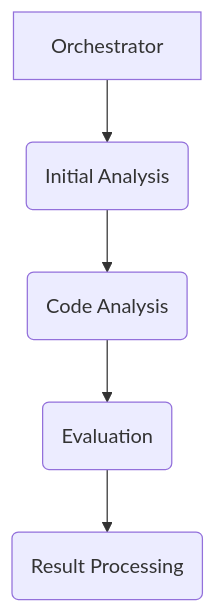
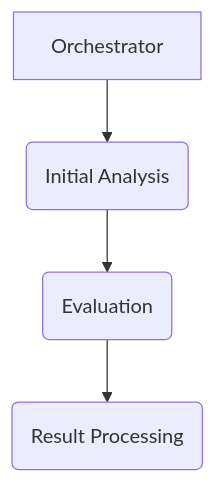
One commit to joeshirey/HealthScoringAgent changed the first of 2 diagrams in docs/TECHNICAL_DESIGN.md. Above: the diagram before and after it, drawn with Mermaid. The commit also changed other lines of this file and 6 other files, not shown here.

````diff
--- a/docs/TECHNICAL_DESIGN.md
+++ b/docs/TECHNICAL_DESIGN.md
@@ -18,7 +20,6 @@
 ```mermaid
 graph TD
     A[Orchestrator] --> B(Initial Analysis);
-    B --> C(Code Analysis);
-    C --> D(Evaluation);
-    D --> E(Result Processing);
+    B --> C(Evaluation);
+    C --> D(Result Processing);
 ```
````
